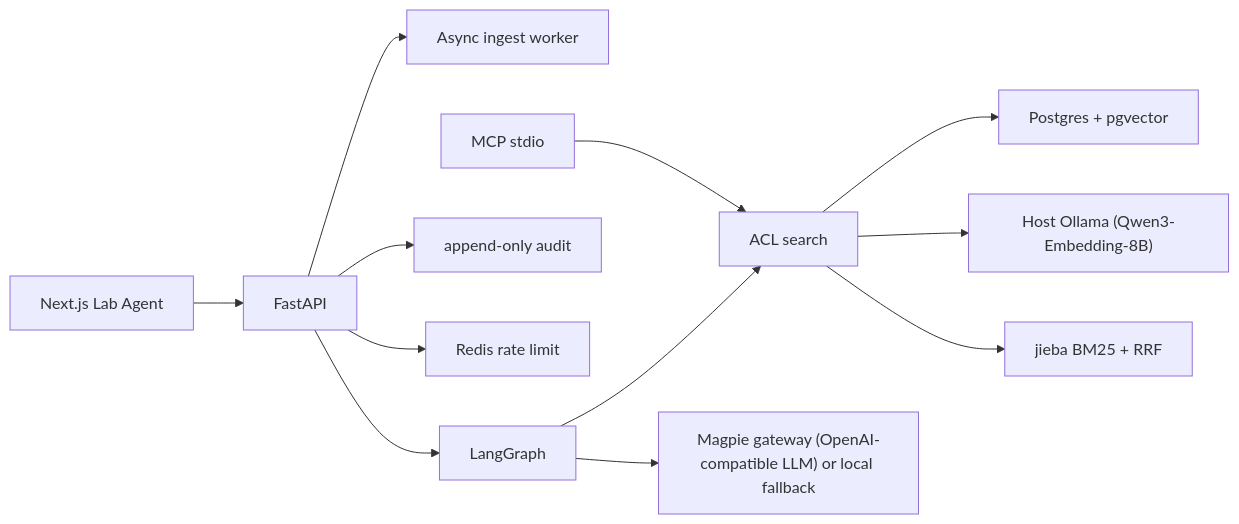
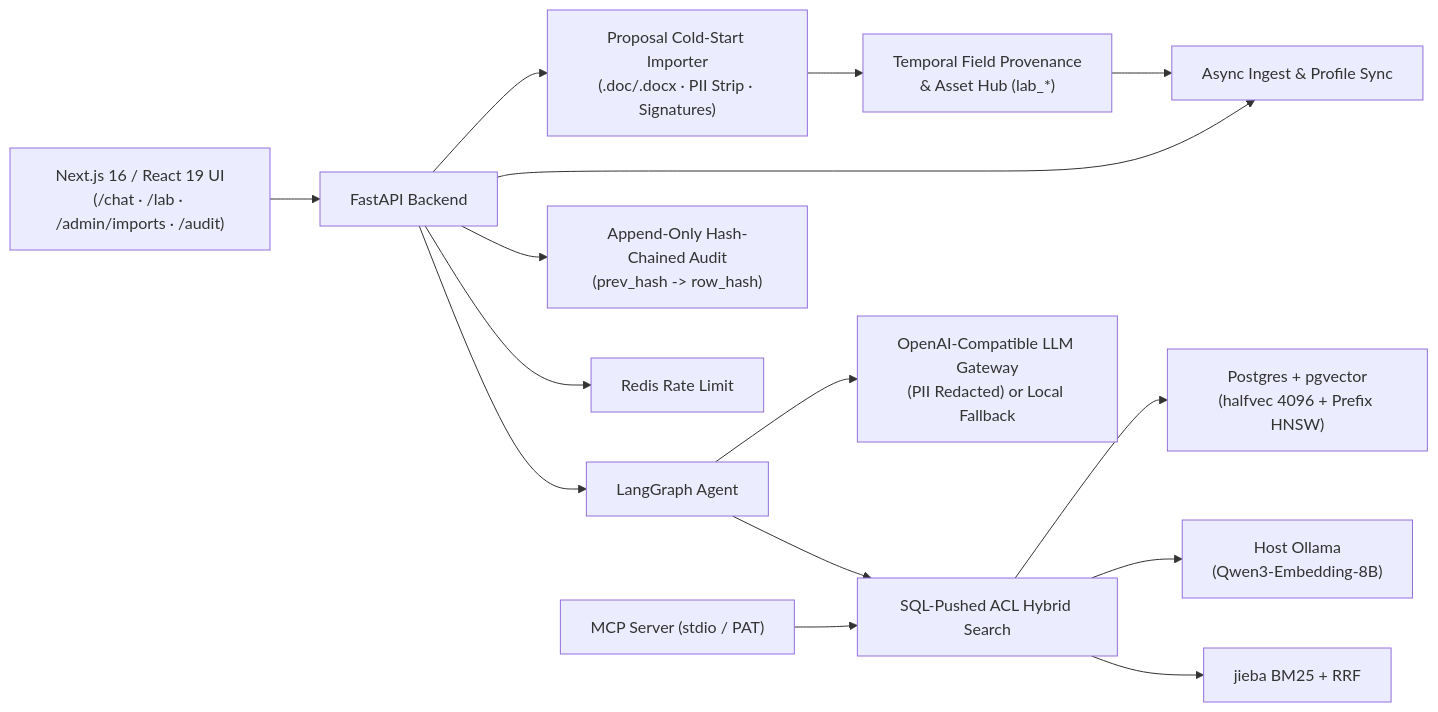
The diagram in README.md (ZZZZihan/Lab-Agent), drawn with Mermaid before and after one commit. The commit also changed other lines of this file and 17 other files, not shown here.

First line of the commit message:
feat(docs): update GitHub README with synthetic Qingheng Lab showcase and UI screenshots (#64)

````diff
--- a/README.md
+++ b/README.md
@@ -123,14 +207,17 @@
 ```mermaid
 flowchart LR
-  web["Next.js Lab Agent"] --> api["FastAPI"]
-  api --> worker["Async ingest worker"]
-  api --> agent["LangGraph"]
-  agent --> retrieve["ACL search"]
-  retrieve --> pg["Postgres + pgvector"]
-  retrieve --> ollama["Host Ollama (Qwen3-Embedding-8B)"]
+  web["Next.js 16 / React 19 UI\n(/chat · /lab · /admin/imports · /audit)"] --> api["FastAPI Backend"]
+  api --> importer["Proposal Cold-Start Importer\n(.doc/.docx · PII Strip · Signatures)"]
+  importer --> provenance["Temporal Field Provenance\n& Asset Hub (lab_*)"]
+  provenance --> worker["Async Ingest & Profile Sync"]
+  api --> worker
+  api --> agent["LangGraph Agent"]
+  agent --> retrieve["SQL-Pushed ACL Hybrid Search"]
+  retrieve --> pg["Postgres + pgvector\n(halfvec 4096 + Prefix HNSW)"]
+  retrieve --> ollama["Host Ollama\n(Qwen3-Embedding-8B)"]
   retrieve --> bm25["jieba BM25 + RRF"]
-  agent --> llm["Magpie gateway (OpenAI-compatible LLM) or local fallback"]
-  api --> audit["append-only audit"]
-  api --> redis["Redis rate limit"]
-  mcp["MCP stdio"] --> retrieve
+  agent --> llm["OpenAI-Compatible LLM Gateway\n(PII Redacted) or Local Fallback"]
+  api --> audit["Append-Only Hash-Chained Audit\n(prev_hash -> row_hash)"]
+  api --> redis["Redis Rate Limit"]
+  mcp["MCP Server (stdio / PAT)"] --> retrieve
 ```
````
